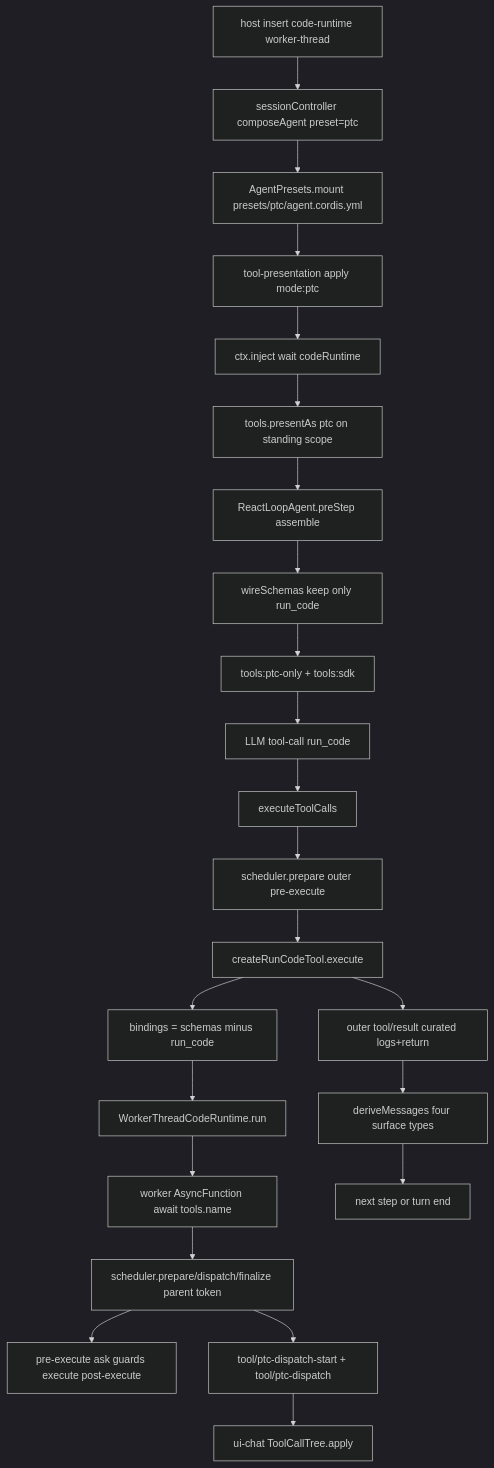
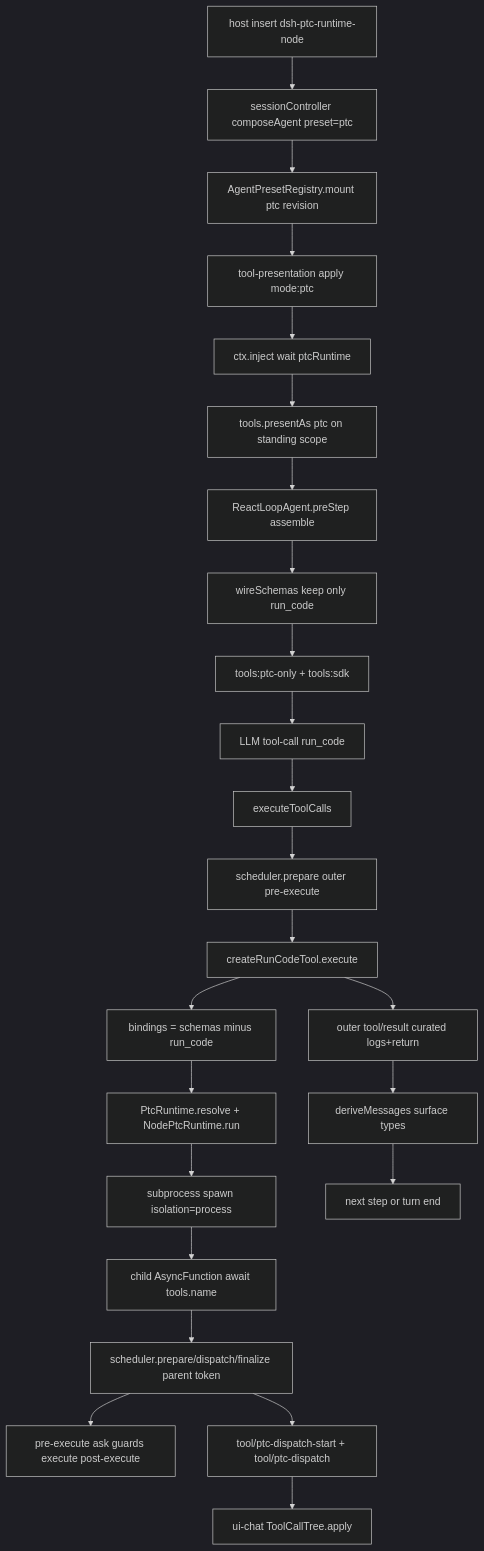
Before and after one commit to wdnmdtonyma/SOTA-Agent-LLM-Wiki: the diagram in docs/llm-wiki/deepseek-harness/spine/trace-code-mode.md, drawn with Mermaid (dark theme). The commit also changed other lines of this file and 237 other files, not shown here.

````diff
--- a/docs/llm-wiki/deepseek-harness/spine/trace-code-mode.md
+++ b/docs/llm-wiki/deepseek-harness/spine/trace-code-mode.md
@@ -51,25 +56,26 @@
 ```mermaid
 flowchart TD
-  HostInsert["host insert code-runtime worker-thread"] --> Create["sessionController composeAgent preset=ptc"]
-  Create --> Mount["AgentPresets.mount presets/ptc/agent.cordis.yml"]
+  HostInsert["host insert dsh-ptc-runtime-node"] --> Create["sessionController composeAgent preset=ptc"]
+  Create --> Mount["AgentPresetRegistry.mount ptc revision"]
   Mount --> PresentRow["tool-presentation apply mode:ptc"]
-  PresentRow --> WaitRT["ctx.inject wait codeRuntime"]
+  PresentRow --> WaitRT["ctx.inject wait ptcRuntime"]
   WaitRT --> PresentAs["tools.presentAs ptc on standing scope"]
   PresentAs --> PreStep["ReactLoopAgent.preStep assemble"]
   PreStep --> Wire["wireSchemas keep only run_code"]
   Wire --> Prompt["tools:ptc-only + tools:sdk"]
   Prompt --> Model["LLM tool-call run_code"]
   Model --> Loop["executeToolCalls"]
   Loop --> OuterPrep["scheduler.prepare outer pre-execute"]
   OuterPrep --> RunCode["createRunCodeTool.execute"]
   RunCode --> Bind["bindings = schemas minus run_code"]
-  Bind --> Worker["WorkerThreadCodeRuntime.run"]
-  Worker --> Prog["worker AsyncFunction await tools.name"]
+  Bind --> Resolve["PtcRuntime.resolve + NodePtcRuntime.run"]
+  Resolve --> Proc["subprocess spawn isolation=process"]
+  Proc --> Prog["child AsyncFunction await tools.name"]
   Prog --> Nested["scheduler.prepare/dispatch/finalize parent token"]
   Nested --> Guards["pre-execute ask guards execute post-execute"]
   Nested --> DispatchLog["tool/ptc-dispatch-start + tool/ptc-dispatch"]
   DispatchLog --> ClientTree["ui-chat ToolCallTree.apply"]
   RunCode --> OuterResult["outer tool/result curated logs+return"]
-  OuterResult --> Derive["deriveMessages four surface types"]
+  OuterResult --> Derive["deriveMessages surface types"]
   Derive --> NextStep["next step or turn end"]
 ```
````
